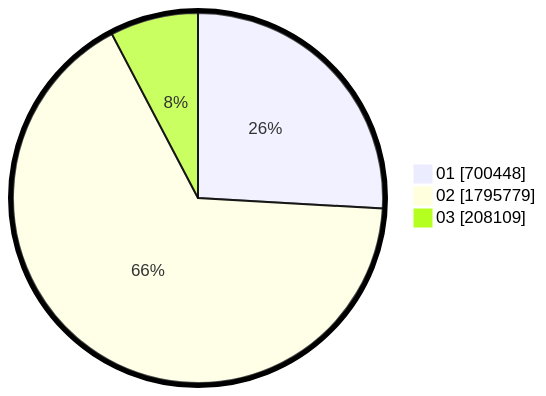
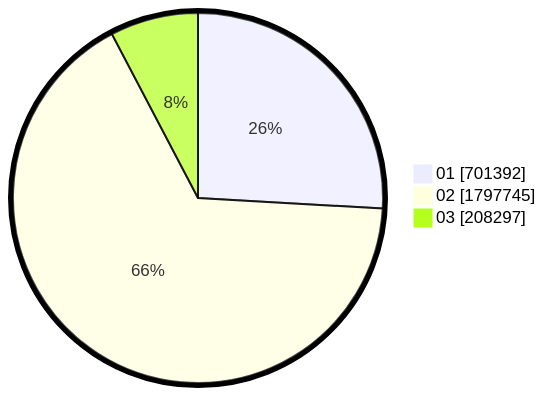
One commit to gigit-pemilu/pemilu-2024 changed the second of 2 diagrams in pilpres/hitung-suara/sub/table-wilayah-52.md. Above: the diagram before and after it, drawn with Mermaid. The commit also changed other lines of this file and 8 other files, not shown here.

````diff
--- a/pilpres/hitung-suara/sub/table-wilayah-52.md
+++ b/pilpres/hitung-suara/sub/table-wilayah-52.md
@@ -15,7 +15,7 @@
 ```mermaid
 %%{init: {"pie": {"textPosition": 0.5}, "themeVariables": {"pieOuterStrokeWidth": "5px"}} }%%
 pie showData
-    "01" : 700448
-    "02" : 1795779
-    "03" : 208109
+    "01" : 701392
+    "02" : 1797745
+    "03" : 208297
 ```
````
